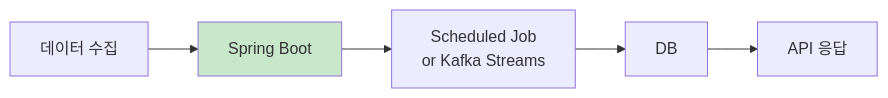
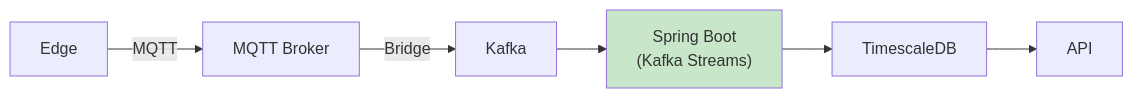
Before and after one commit to Gyeom/dev-notes: the second of 7 diagrams in content/posts/2023-07-20-timeseries-downsampling-strategies.md, drawn with Mermaid. The commit also changed other lines of this file, not shown here.

First line of the commit message:
Add: Edge → API 전체 아키텍처 다이어그램

````diff
--- a/content/posts/2023-07-20-timeseries-downsampling-strategies.md
+++ b/content/posts/2023-07-20-timeseries-downsampling-strategies.md
@@ -34,9 +79,9 @@
 ```mermaid
 flowchart LR
-    A["데이터 수집"] --> B["Spring Boot"]
-    B --> C["Scheduled Job<br/>or Kafka Streams"]
-    C --> D["DB"]
-    D --> E["API 응답"]
+    E["Edge"] -->|MQTT| MB["MQTT Broker"] -->|Bridge| K["Kafka"]
+    K --> S["Spring Boot<br/>(Kafka Streams)"]
+    S --> DB["TimescaleDB"]
+    DB --> API["API"]
 
-    style B fill:#c8e6c9
+    style S fill:#c8e6c9
 ```
````
